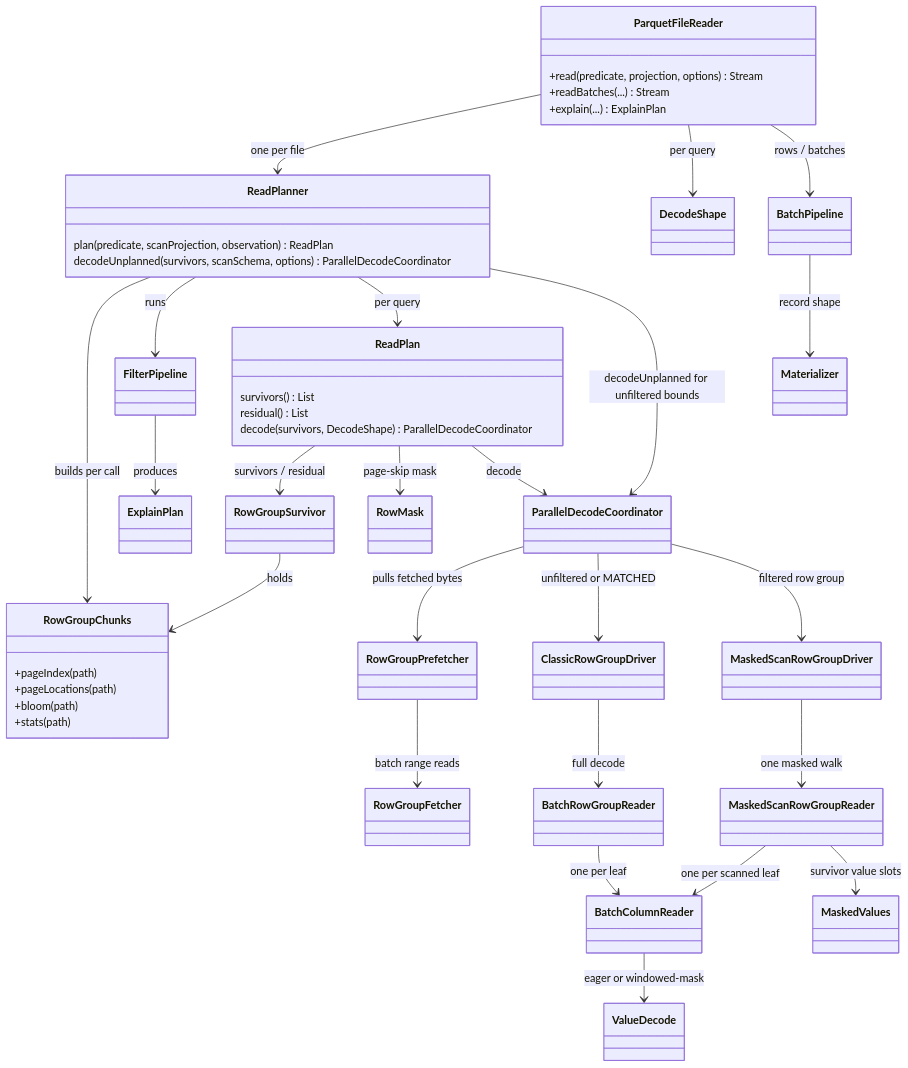
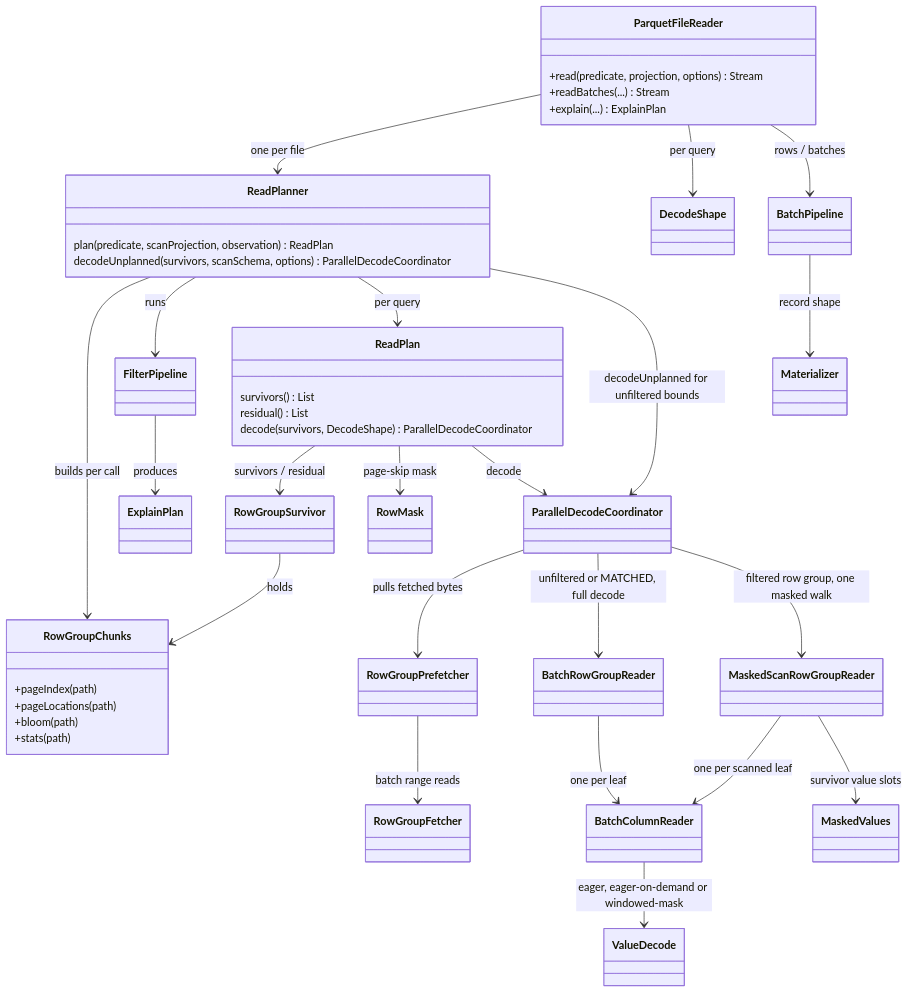
The seventh of 7 diagrams in docs/read-path.md (tileverse-io/parquetry), drawn with Mermaid before and after one commit. The commit also changed other lines of this file and 22 other files, not shown here.

First line of the commit message:
perf: decode a filter column only where earlier conditions leave rows

````diff
--- a/docs/read-path.md
+++ b/docs/read-path.md
@@ -422,64 +446,60 @@
 ```mermaid
 classDiagram
     class ParquetFileReader {
         +read(predicate, projection, options) Stream
         +readBatches(...) Stream
         +explain(...) ExplainPlan
     }
     class ReadPlanner {
         plan(predicate, scanProjection, observation) ReadPlan
         decodeUnplanned(survivors, scanSchema, options) ParallelDecodeCoordinator
     }
     class ReadPlan {
         survivors() List
         residual() List
         decode(survivors, DecodeShape) ParallelDecodeCoordinator
     }
     class DecodeShape
     class RowGroupChunks {
         +pageIndex(path)
         +pageLocations(path)
         +bloom(path)
         +stats(path)
     }
     class FilterPipeline
     class ExplainPlan
     class RowGroupSurvivor
     class RowMask
     class ParallelDecodeCoordinator
     class RowGroupPrefetcher
     class RowGroupFetcher
-    class ClassicRowGroupDriver
-    class MaskedScanRowGroupDriver
     class BatchRowGroupReader
     class MaskedScanRowGroupReader
     class BatchColumnReader
     class ValueDecode
     class MaskedValues
     class BatchPipeline
     class Materializer
 
     ParquetFileReader --> ReadPlanner : one per file
     ParquetFileReader --> DecodeShape : per query
     ReadPlanner --> RowGroupChunks : builds per call
     ReadPlanner --> FilterPipeline : runs
     FilterPipeline --> ExplainPlan : produces
     ReadPlanner --> ReadPlan : per query
     ReadPlan --> RowGroupSurvivor : survivors / residual
     RowGroupSurvivor --> RowGroupChunks : holds
     ReadPlan --> RowMask : page-skip mask
     ReadPlan --> ParallelDecodeCoordinator : decode
     ReadPlanner --> ParallelDecodeCoordinator : decodeUnplanned for unfiltered bounds
     ParallelDecodeCoordinator --> RowGroupPrefetcher : pulls fetched bytes
     RowGroupPrefetcher --> RowGroupFetcher : batch range reads
-    ParallelDecodeCoordinator --> ClassicRowGroupDriver : unfiltered or MATCHED
-    ParallelDecodeCoordinator --> MaskedScanRowGroupDriver : filtered row group
-    ClassicRowGroupDriver --> BatchRowGroupReader : full decode
-    MaskedScanRowGroupDriver --> MaskedScanRowGroupReader : one masked walk
+    ParallelDecodeCoordinator --> BatchRowGroupReader : unfiltered or MATCHED, full decode
+    ParallelDecodeCoordinator --> MaskedScanRowGroupReader : filtered row group, one masked walk
     BatchRowGroupReader --> BatchColumnReader : one per leaf
     MaskedScanRowGroupReader --> BatchColumnReader : one per scanned leaf
     MaskedScanRowGroupReader --> MaskedValues : survivor value slots
-    BatchColumnReader --> ValueDecode : eager or windowed-mask
+    BatchColumnReader --> ValueDecode : eager, eager-on-demand or windowed-mask
     ParquetFileReader --> BatchPipeline : rows / batches
     BatchPipeline --> Materializer : record shape
 ```
````
